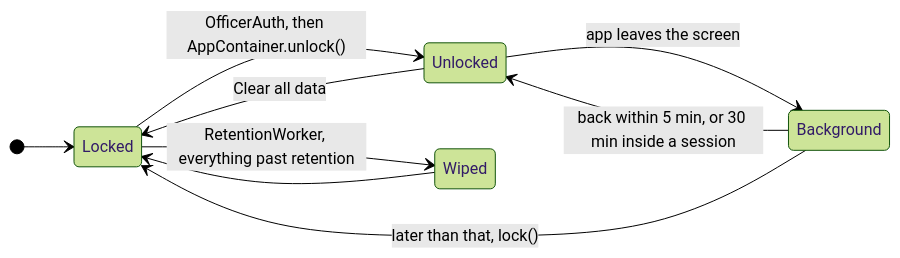
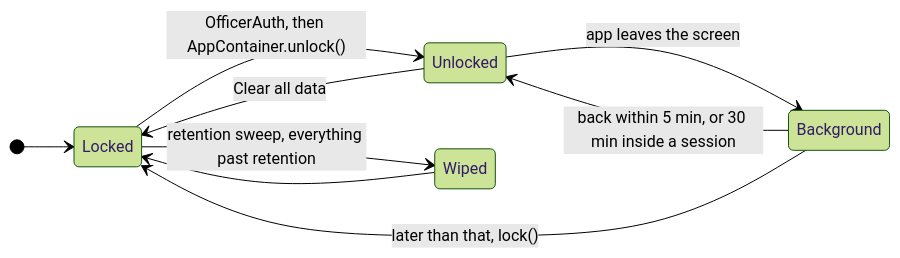
Diagram 12 of 16 in docs/02-architecture.md (CiValidator/SScivalidator), drawn with Mermaid (forest theme) before and after one commit. The commit also changed other lines of this file and 83 other files, not shown here.

````diff
--- a/docs/02-architecture.md
+++ b/docs/02-architecture.md
@@ -424,12 +423,12 @@
 ```mermaid
 stateDiagram-v2
     direction LR
     [*] --> Locked
     Locked --> Unlocked: OfficerAuth, then AppContainer.unlock()
     Unlocked --> Background: app leaves the screen
     Background --> Unlocked: back within 5 min, or 30 min inside a session
     Background --> Locked: later than that, lock()
     Unlocked --> Locked: Clear all data
-    Locked --> Wiped: RetentionWorker, everything past retention
+    Locked --> Wiped: retention sweep, everything past retention
     Wiped --> Locked
 ```
````
